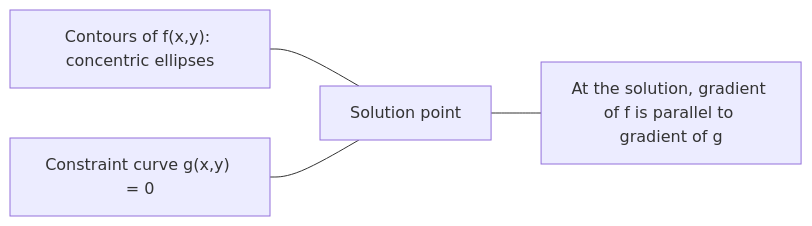
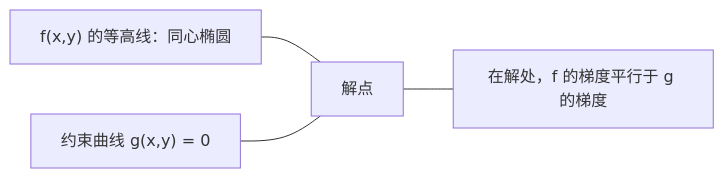
The fourth of 4 diagrams in phases/01-math-foundations/18-convex-optimization/docs/zh.md (alessandrodinisio-ai/ai-engineering-learning-framework), drawn with Mermaid before and after one commit. The commit also changed other lines of this file and 120 other files, not shown here.

First line of the commit message:
i18n(mermaid): 337 个 mermaid 图表标签中文化

````diff
--- a/phases/01-math-foundations/18-convex-optimization/docs/zh.md
+++ b/phases/01-math-foundations/18-convex-optimization/docs/zh.md
@@ -236,6 +236,6 @@
 ```mermaid
 graph LR
-    A["Contours of f(x,y): concentric ellipses"] --- S["Solution point"]
-    B["Constraint curve g(x,y) = 0"] --- S
-    S --- C["At the solution, gradient of f is parallel to gradient of g"]
+    A["f(x,y) 的等高线：同心椭圆"] --- S["解点"]
+    B["约束曲线 g(x,y) = 0"] --- S
+    S --- C["在解处，f 的梯度平行于 g 的梯度"]
 ```
````
